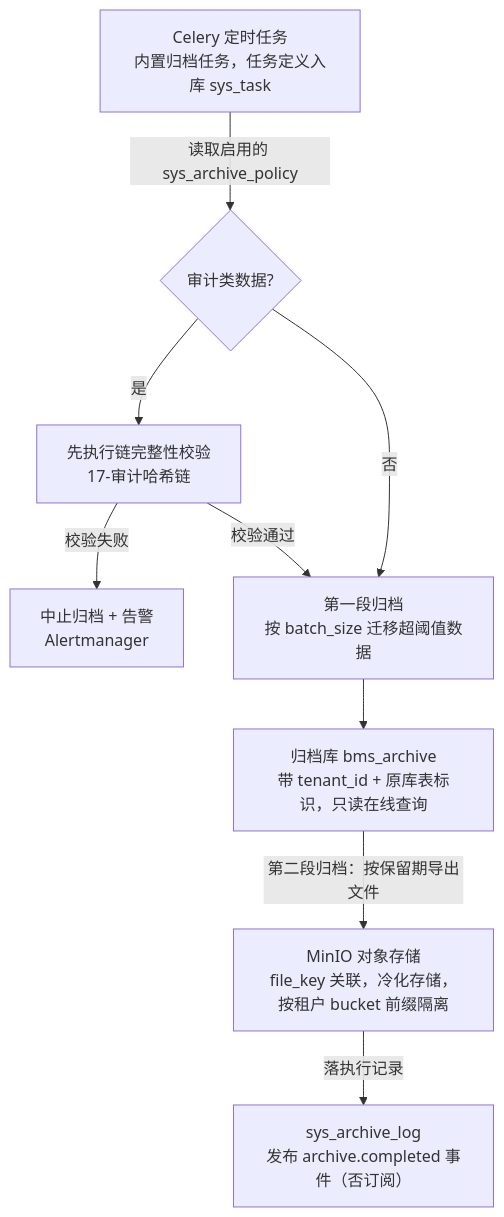
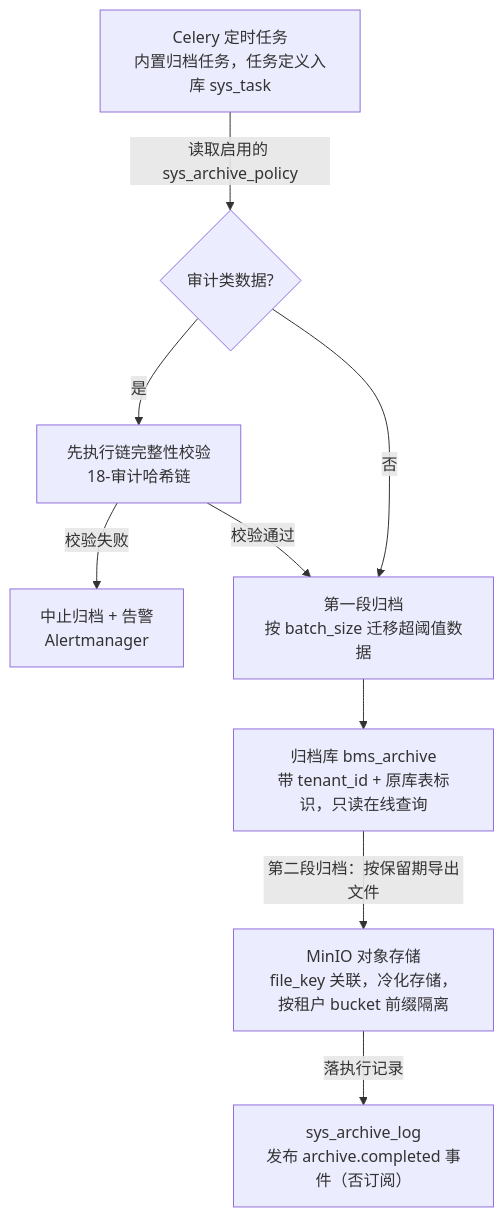
One commit to minjian123/basic-management-system changed the first of 2 diagrams in bms文档/设计/概要设计/30_概要设计_归档管理.md. Above: the diagram before and after it, drawn with Mermaid. The commit also changed other lines of this file and 148 other files, not shown here.

````diff
--- a/bms文档/设计/概要设计/30_概要设计_归档管理.md
+++ b/bms文档/设计/概要设计/30_概要设计_归档管理.md
@@ -67,11 +67,11 @@
 ```mermaid
 graph TD
     A[Celery 定时任务<br/>内置归档任务，任务定义入库 sys_task] -->|读取启用的 sys_archive_policy| B{审计类数据?}
-    B -->|是| C[先执行链完整性校验<br/>17-审计哈希链]
+    B -->|是| C[先执行链完整性校验<br/>18-审计哈希链]
     C -->|校验失败| D[中止归档 + 告警<br/>Alertmanager]
     C -->|校验通过| E[第一段归档<br/>按 batch_size 迁移超阈值数据]
     B -->|否| E
     E --> F[归档库 bms_archive<br/>带 tenant_id + 原库表标识，只读在线查询]
     F -->|第二段归档：按保留期导出文件| G[MinIO 对象存储<br/>file_key 关联，冷化存储，按租户 bucket 前缀隔离]
     G -->|落执行记录| H[sys_archive_log<br/>发布 archive.completed 事件（否订阅）]
 ```
````
